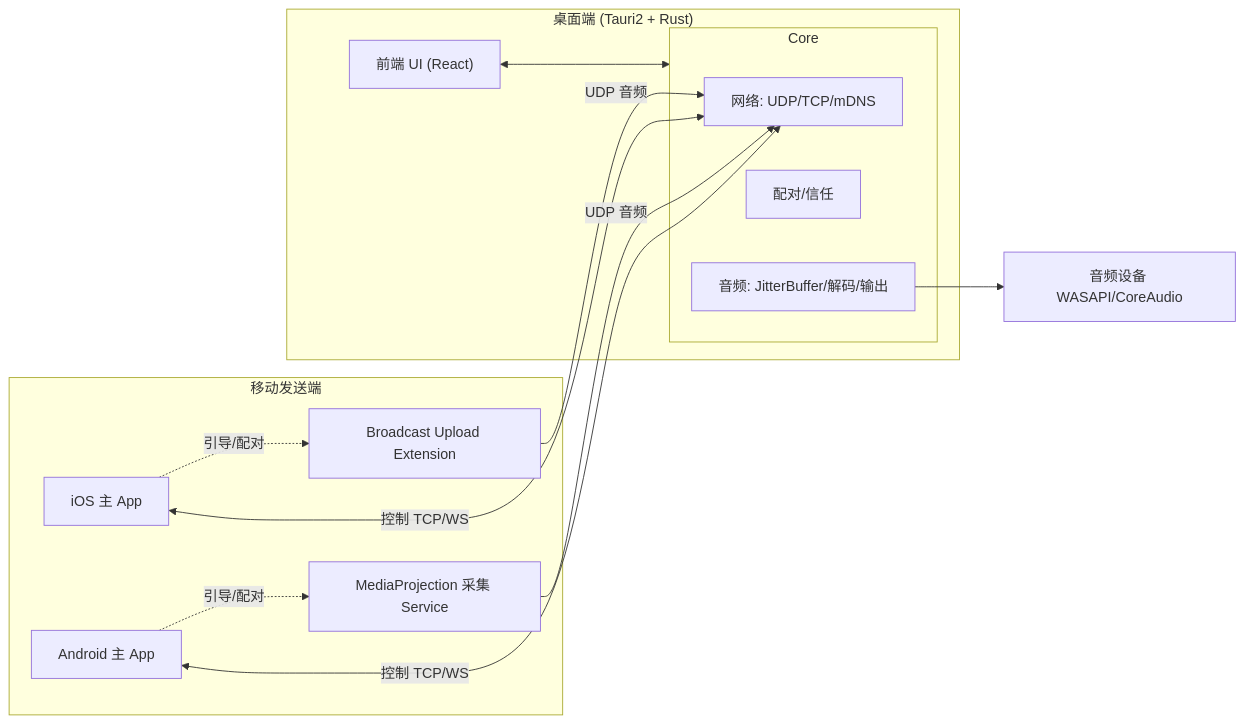
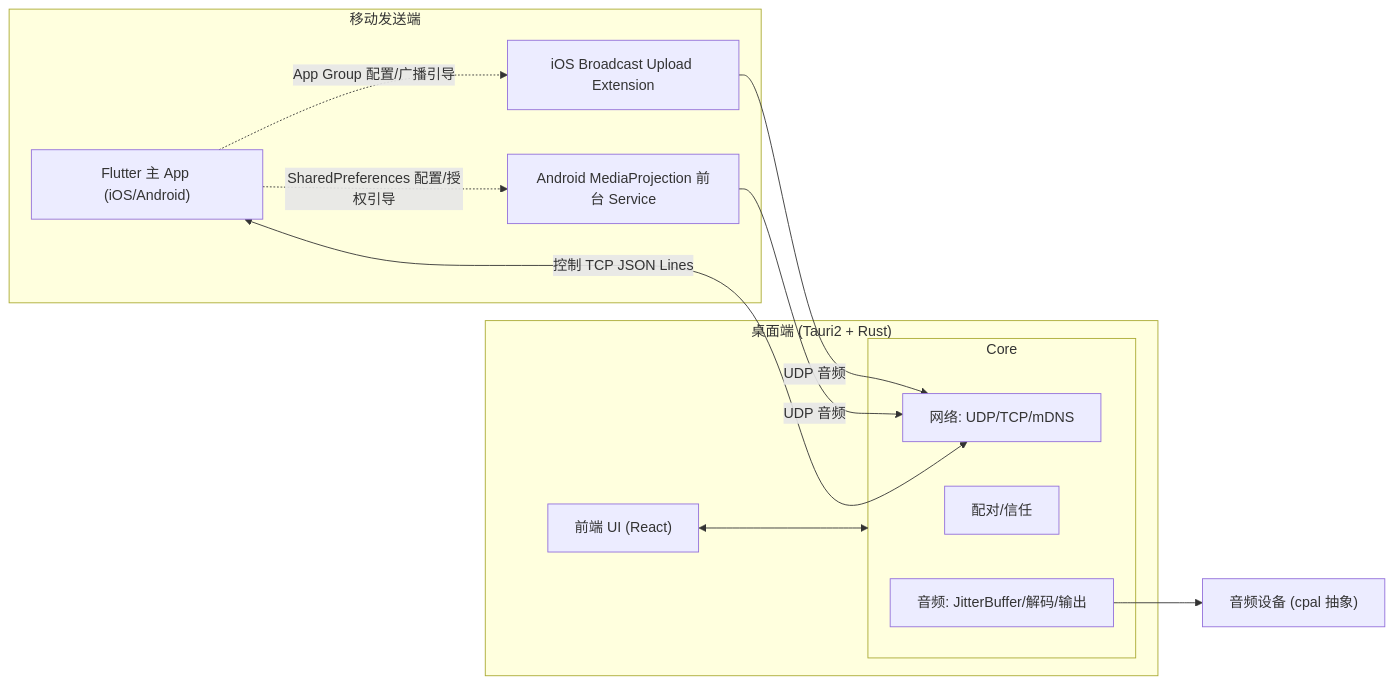
One commit to KversKv/soundlink-oss changed the diagram in docs/First/02-architecture.md. Above: the diagram before and after it, drawn with Mermaid. The commit also changed other lines of this file and 8 other files, not shown here.

````diff
--- a/docs/First/02-architecture.md
+++ b/docs/First/02-architecture.md
@@ -5,28 +5,26 @@
 ```mermaid
 flowchart LR
     subgraph Mobile["移动发送端"]
-        iOSApp["iOS 主 App"]
-        iOSExt["Broadcast Upload Extension"]
-        AndApp["Android 主 App"]
-        AndSvc["MediaProjection 采集 Service"]
-        iOSApp -. 引导/配对 .-> iOSExt
-        AndApp -. 引导/配对 .-> AndSvc
+        FlutterApp["Flutter 主 App (iOS/Android)"]
+        iOSExt["iOS Broadcast Upload Extension"]
+        AndSvc["Android MediaProjection 前台 Service"]
+        FlutterApp -. App Group 配置/广播引导 .-> iOSExt
+        FlutterApp -. SharedPreferences 配置/授权引导 .-> AndSvc
     end
 
     subgraph Desktop["桌面端 (Tauri2 + Rust)"]
         UI["前端 UI (React)"]
         Core["Rust Core"]
         subgraph Core
             NET["网络: UDP/TCP/mDNS"]
             PAIR["配对/信任"]
             AUD["音频: JitterBuffer/解码/输出"]
         end
         UI <--> Core
     end
 
     iOSExt -->|UDP 音频| NET
     AndSvc -->|UDP 音频| NET
-    iOSApp <-->|控制 TCP/WS| NET
-    AndApp <-->|控制 TCP/WS| NET
-    AUD --> OUT["音频设备 WASAPI/CoreAudio"]
+    FlutterApp <-->|控制 TCP JSON Lines| NET
+    AUD --> OUT["音频设备 (cpal 抽象)"]
 ```
````
